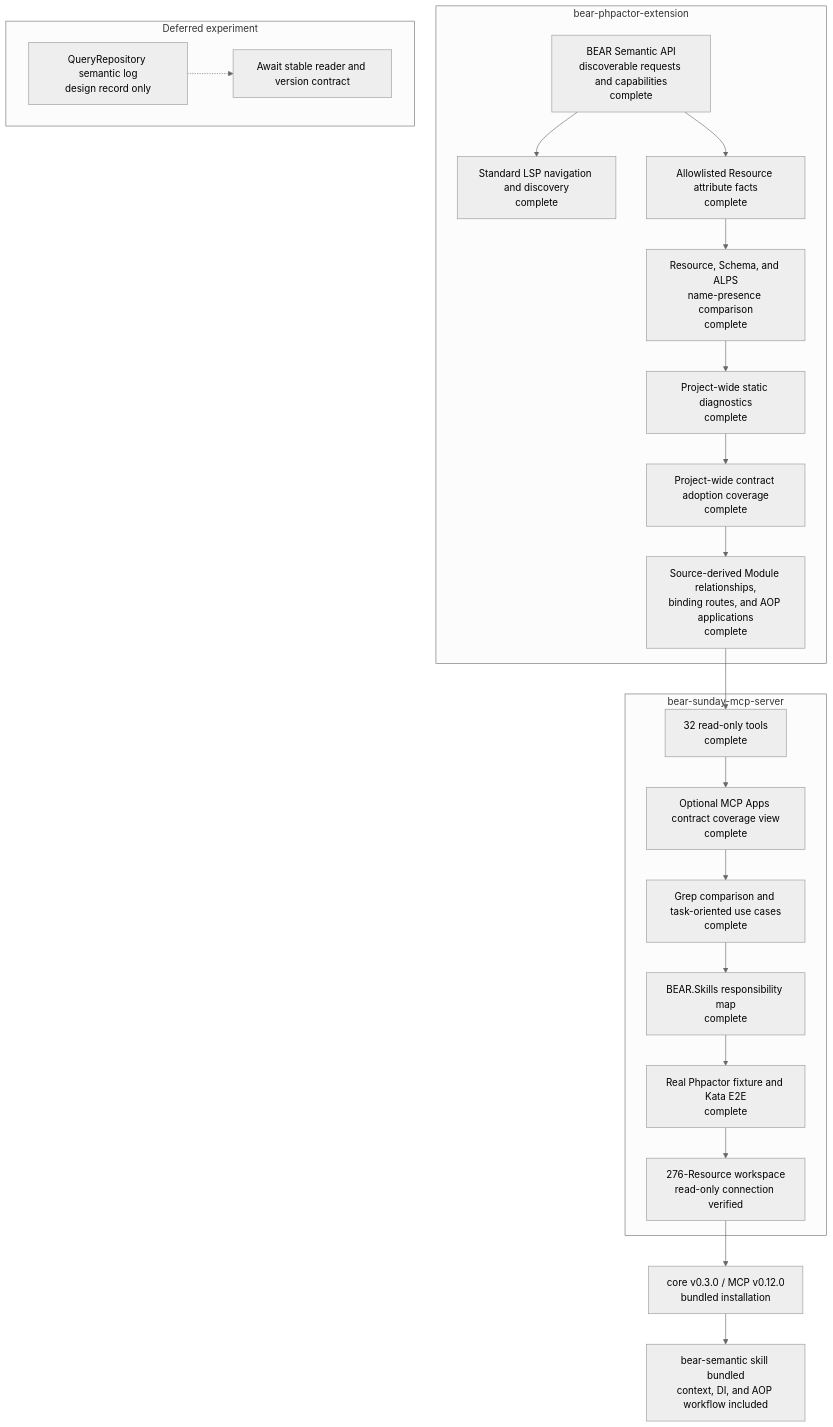
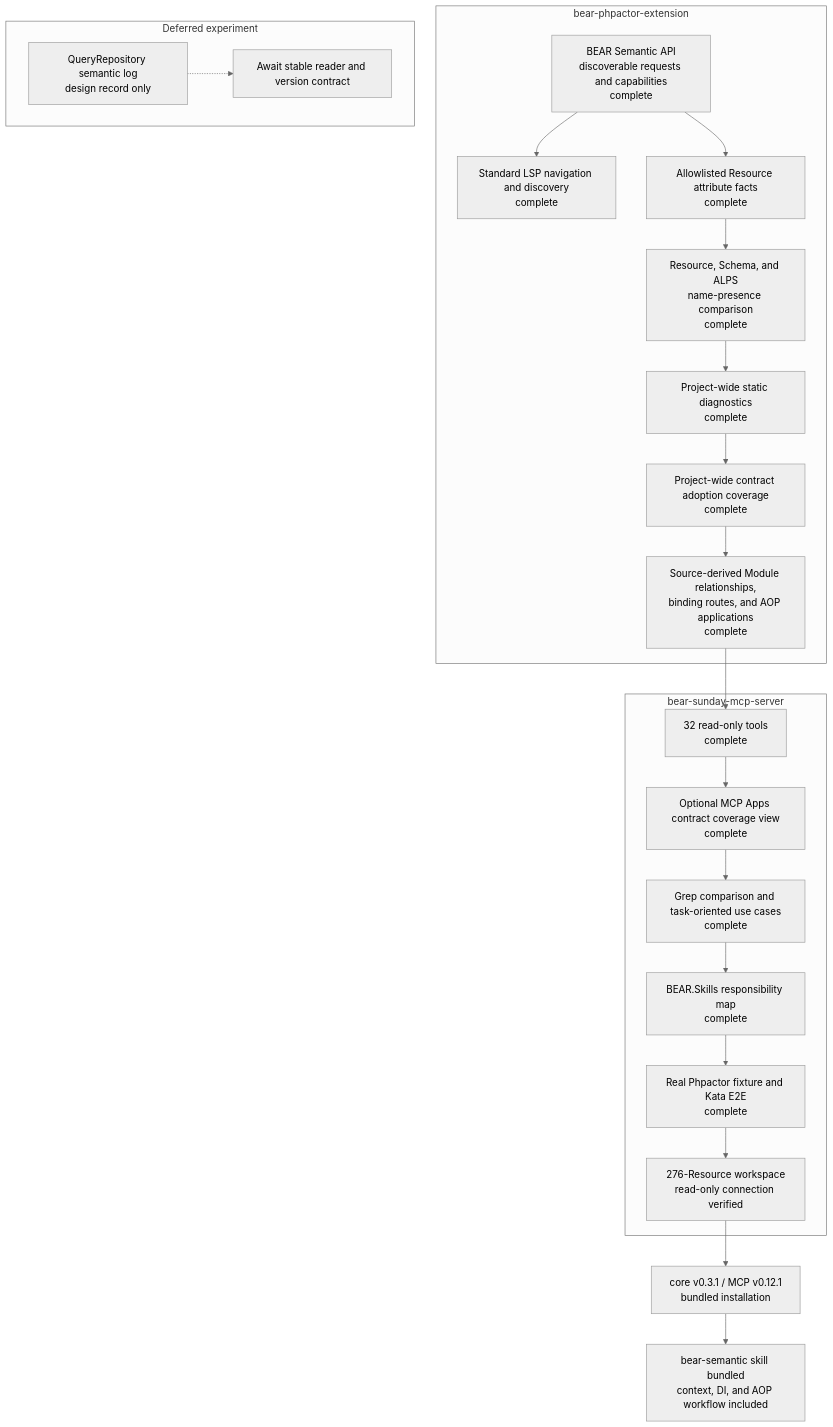
Before and after one commit to suzumaze/bear-sunday-mcp-server: the diagram in docs/project-status.md, drawn with Mermaid (neutral theme). The commit also changed other lines of this file and 18 other files, not shown here.

````diff
--- a/docs/project-status.md
+++ b/docs/project-status.md
@@ -9,35 +9,35 @@
 ```mermaid
 flowchart TB
     subgraph Core["bear-phpactor-extension"]
         C1["BEAR Semantic API<br/>discoverable requests and capabilities<br/>complete"]
         C2["Standard LSP navigation and discovery<br/>complete"]
         C3["Allowlisted Resource attribute facts<br/>complete"]
         C4["Resource, Schema, and ALPS<br/>name-presence comparison<br/>complete"]
         C5["Project-wide static diagnostics<br/>complete"]
         C6["Project-wide contract adoption coverage<br/>complete"]
         C7["Source-derived Module relationships,<br/>binding routes, and AOP applications<br/>complete"]
         C1 --> C2
         C1 --> C3 --> C4 --> C5 --> C6 --> C7
     end
 
     subgraph MCP["bear-sunday-mcp-server"]
         M1["32 read-only tools<br/>complete"]
         M0["Optional MCP Apps contract coverage view<br/>complete"]
         M2["Grep comparison and task-oriented use cases<br/>complete"]
         M3["BEAR.Skills responsibility map<br/>complete"]
         M4["Real Phpactor fixture and Kata E2E<br/>complete"]
         M5["276-Resource workspace<br/>read-only connection verified"]
         M1 --> M0 --> M2 --> M3 --> M4 --> M5
     end
 
     C7 --> M1
 
     subgraph Deferred["Deferred experiment"]
         D1["QueryRepository semantic log<br/>design record only"]
         D2["Await stable reader and version contract"]
         D1 -.-> D2
     end
 
-    M5 --> R1["core v0.3.0 / MCP v0.12.0<br/>bundled installation"]
+    M5 --> R1["core v0.3.1 / MCP v0.12.1<br/>bundled installation"]
     R1 --> S1["bear-semantic skill bundled<br/>context, DI, and AOP workflow included"]
 ```
````
